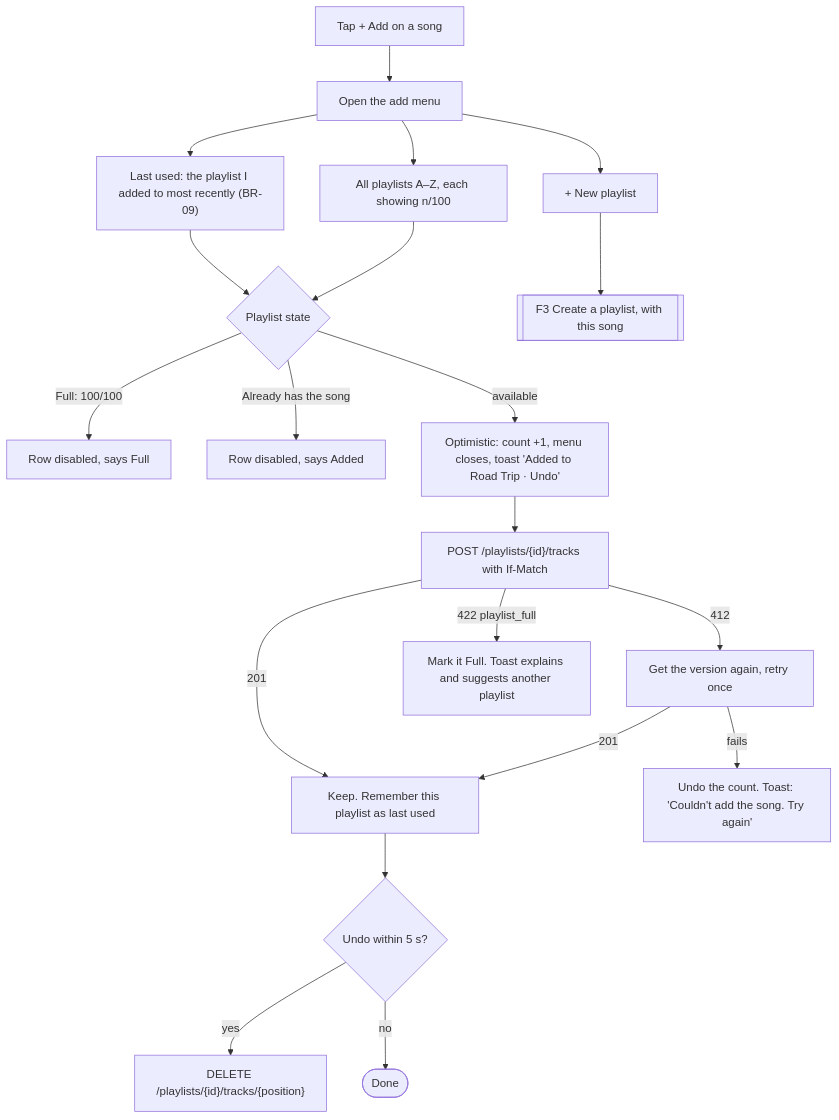
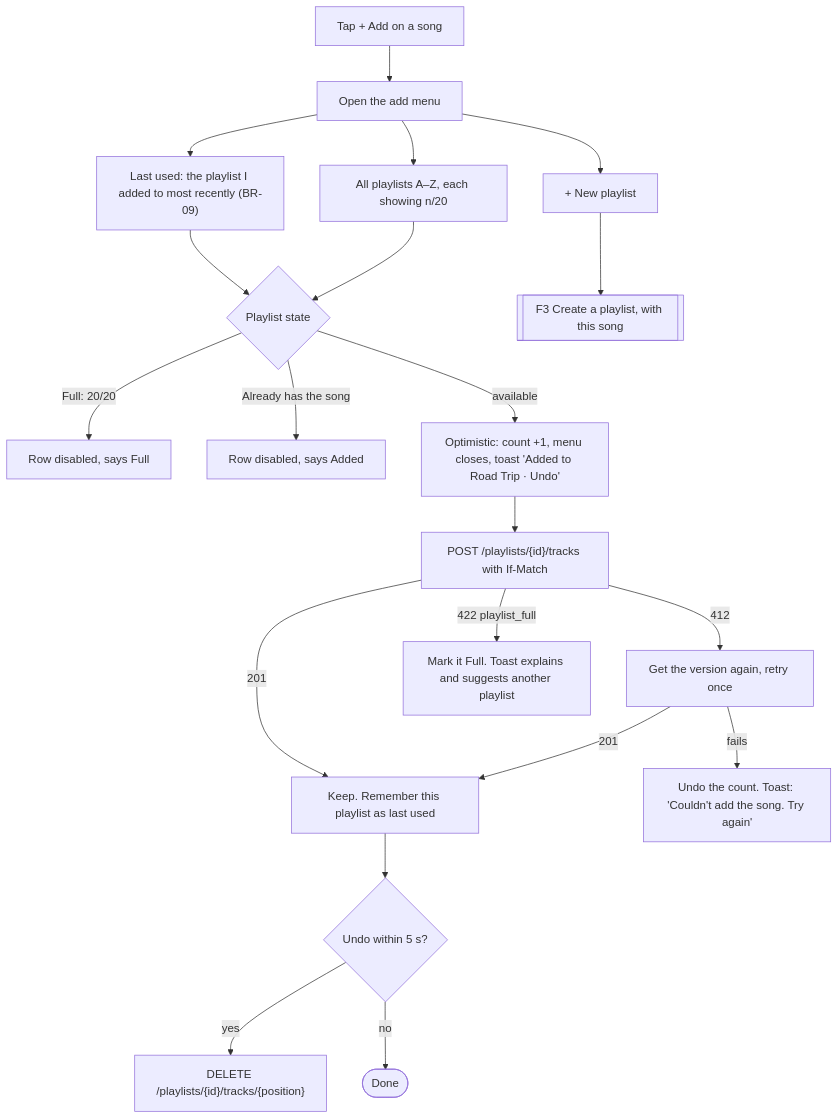
The second of 8 diagrams in ui/User-Flows.md (oggmont/design-music-system), drawn with Mermaid before and after one commit. The commit also changed 8 other files, not shown here.

````diff
--- a/ui/User-Flows.md
+++ b/ui/User-Flows.md
@@ -50,25 +50,25 @@
 ```mermaid
 flowchart TD
     A[Tap + Add on a song] --> M[Open the add menu]
     M --> M1["Last used: the playlist I added to most recently (BR-09)"]
-    M --> M2["All playlists A–Z, each showing n/100"]
+    M --> M2["All playlists A–Z, each showing n/20"]
     M --> M3[+ New playlist]
 
     M1 --> C{Playlist state}
     M2 --> C
-    C -- "Full: 100/100" --> X1[Row disabled, says Full]
+    C -- "Full: 20/20" --> X1[Row disabled, says Full]
     C -- "Already has the song" --> X2[Row disabled, says Added]
     C -- available --> D[Optimistic: count +1, menu closes, toast 'Added to Road Trip · Undo']
     D --> E["POST /playlists/{id}/tracks with If-Match"]
     E -- 201 --> F[Keep. Remember this playlist as last used]
     E -- 412 --> G[Get the version again, retry once]
     G -- 201 --> F
     G -- fails --> Z[Undo the count. Toast: 'Couldn't add the song. Try again']
     E -- "422 playlist_full" --> Y[Mark it Full. Toast explains and suggests another playlist]
 
     F --> U{Undo within 5 s?}
     U -- yes --> U1["DELETE /playlists/{id}/tracks/{position}"]
     U -- no --> End([Done])
 
     M3 --> F3[[F3 Create a playlist, with this song]]
 ```
````
